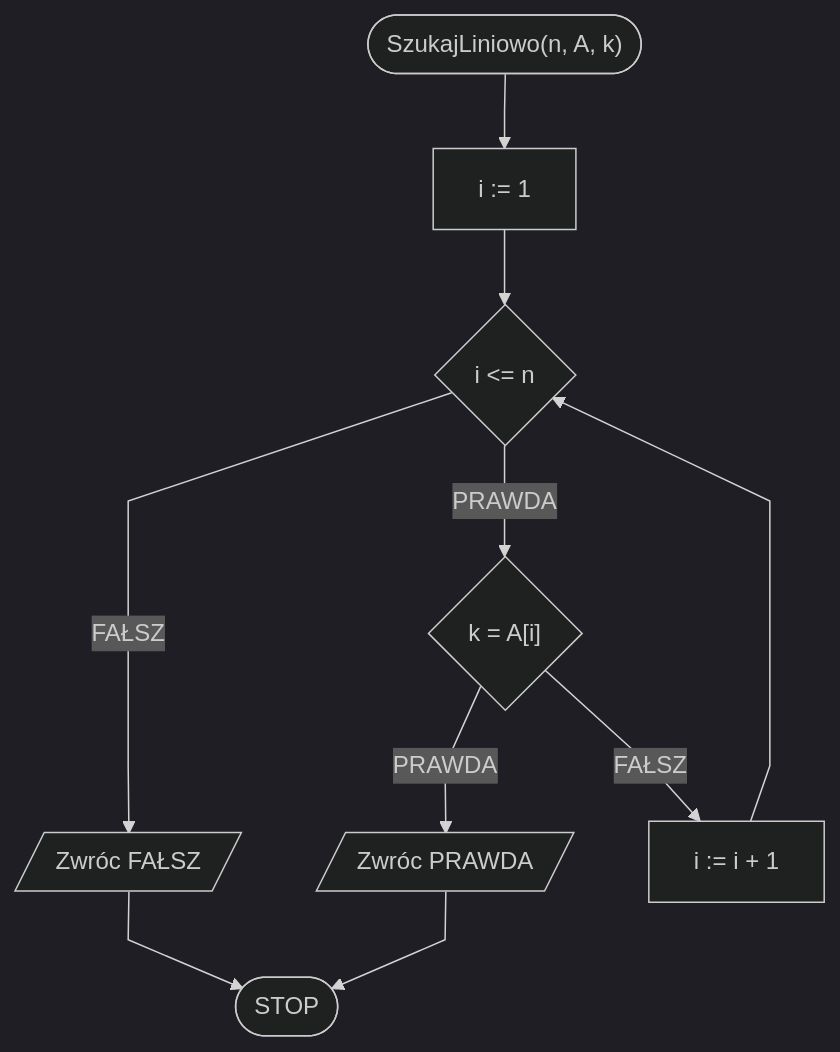
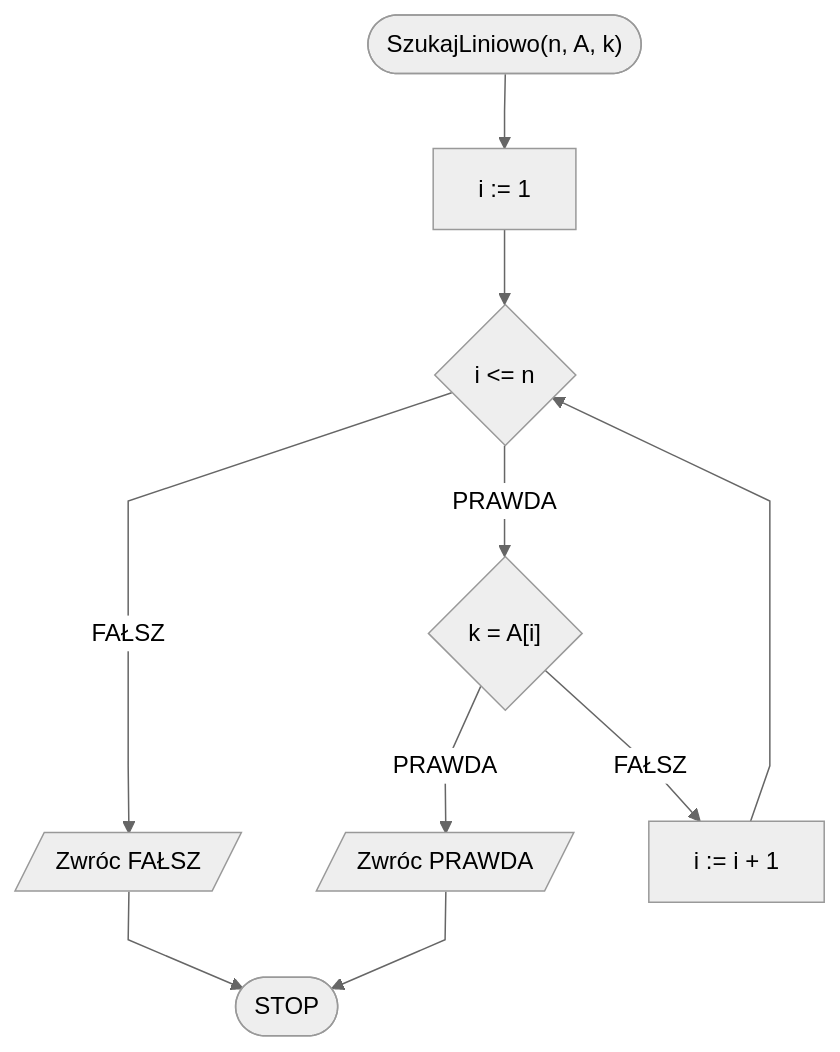
Before and after one commit to blackbat13/cs-htiew-gitbook: the first of 3 diagrams in algorithms/searching/linear-search.md, drawn with Mermaid. The commit also changed other lines of this file, not shown here.

````diff
--- a/algorithms/searching/linear-search.md
+++ b/algorithms/searching/linear-search.md
@@ -94,13 +92,13 @@
 ```mermaid
-%%{init: {"flowchart": {"curve": "linear"}, "theme": "dark"} }%%
+%%{init: {"flowchart": {"curve": "linear"}, "theme": "neutral"} }%%
 flowchart TD
 	START(["SzukajLiniowo(n, A, k)"]) --> B[i := 1]
 	B --> C{i <= n}
 	C -- FAŁSZ --> D[/Zwróc FAŁSZ/]
 	C -- PRAWDA --> E{"k = A[i]"}
 	E -- PRAWDA --> F[/Zwróc PRAWDA/]
 	E -- FAŁSZ --> G[i := i + 1]
 	G --> C
 	D --> STOP([STOP])
 	F --> STOP
 ```
````
